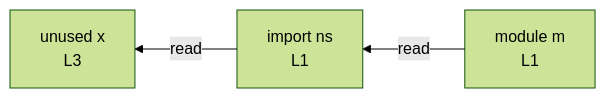
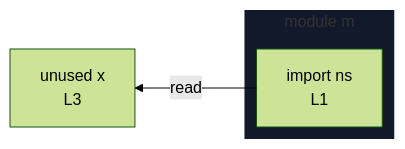
Before and after one commit to crescware/unsnarl: the diagram in integration/fixtures/imports/namespace-only/preview.md, drawn with Mermaid (forest theme). The commit also changed 153 other files, not shown here.

First line of the commit message:
Render import sources as module subgraphs instead of module nodes

````diff
--- a/integration/fixtures/imports/namespace-only/preview.md
+++ b/integration/fixtures/imports/namespace-only/preview.md
@@ -13,9 +13,12 @@
 ```mermaid
 %%{init: {"flowchart": {"defaultRenderer": "elk"}}}%%
 flowchart RL
-  n_scope_0_ns_12["import ns<br/>L1"]
   n_scope_0_x_32["unused x<br/>L3"]
+  subgraph sg_m["module m"]
+    direction RL
+    n_scope_0_ns_12["import ns<br/>L1"]
+  end
   n_scope_0_ns_12 -->|read| n_scope_0_x_32
-  mod_m["module m<br/>L1"]
-  mod_m -->|read| n_scope_0_ns_12
+  classDef nestL1 fill:#11192a,stroke:transparent;
+  class sg_m nestL1;
 ```
````
